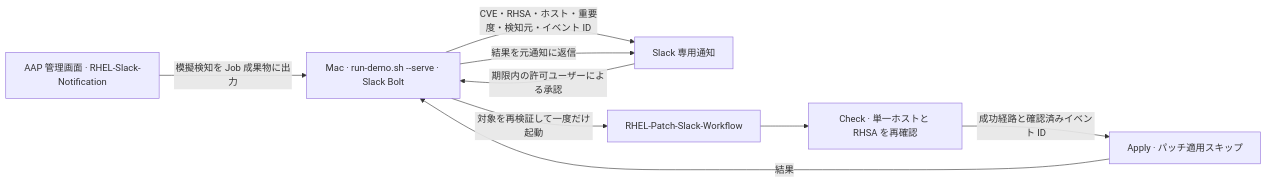
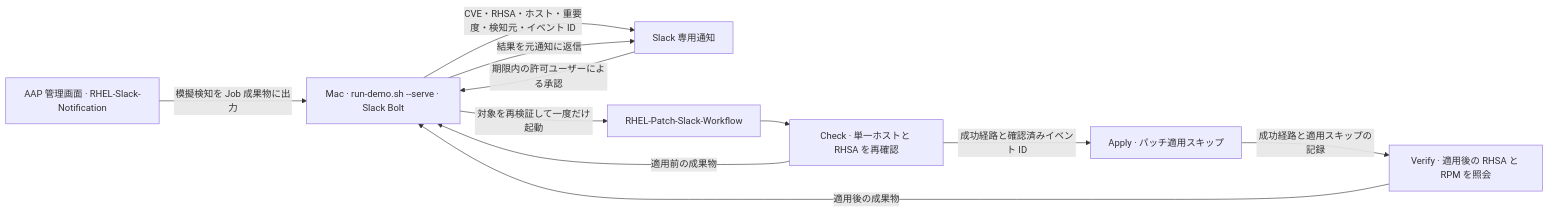
One commit to yKanaGit/aapplaybooks changed the diagram in ARCHITECTURE.md. Above: the diagram before and after it, drawn with Mermaid. The commit also changed other lines of this file and 10 other files, not shown here.

````diff
--- a/ARCHITECTURE.md
+++ b/ARCHITECTURE.md
@@ -5,11 +5,13 @@
 ```mermaid
 flowchart LR
     A["AAP 管理画面 · RHEL-Slack-Notification"] -->|"模擬検知を Job 成果物に出力"| B["Mac · run-demo.sh --serve · Slack Bolt"]
     B -->|"CVE・RHSA・ホスト・重要度・検知元・イベント ID"| S["Slack 専用通知"]
     S -->|"期限内の許可ユーザーによる承認"| B
     B -->|"対象を再検証して一度だけ起動"| W["RHEL-Patch-Slack-Workflow"]
     W --> C["Check · 単一ホストと RHSA を再確認"]
     C -->|"成功経路と確認済みイベント ID"| P["Apply · パッチ適用スキップ"]
-    P -->|"結果"| B
+    P -->|"成功経路と適用スキップの記録"| V["Verify · 適用後の RHSA と RPM を照会"]
+    C -->|"適用前の成果物"| B
+    V -->|"適用後の成果物"| B
     B -->|"結果を元通知に返信"| S
 ```
````
